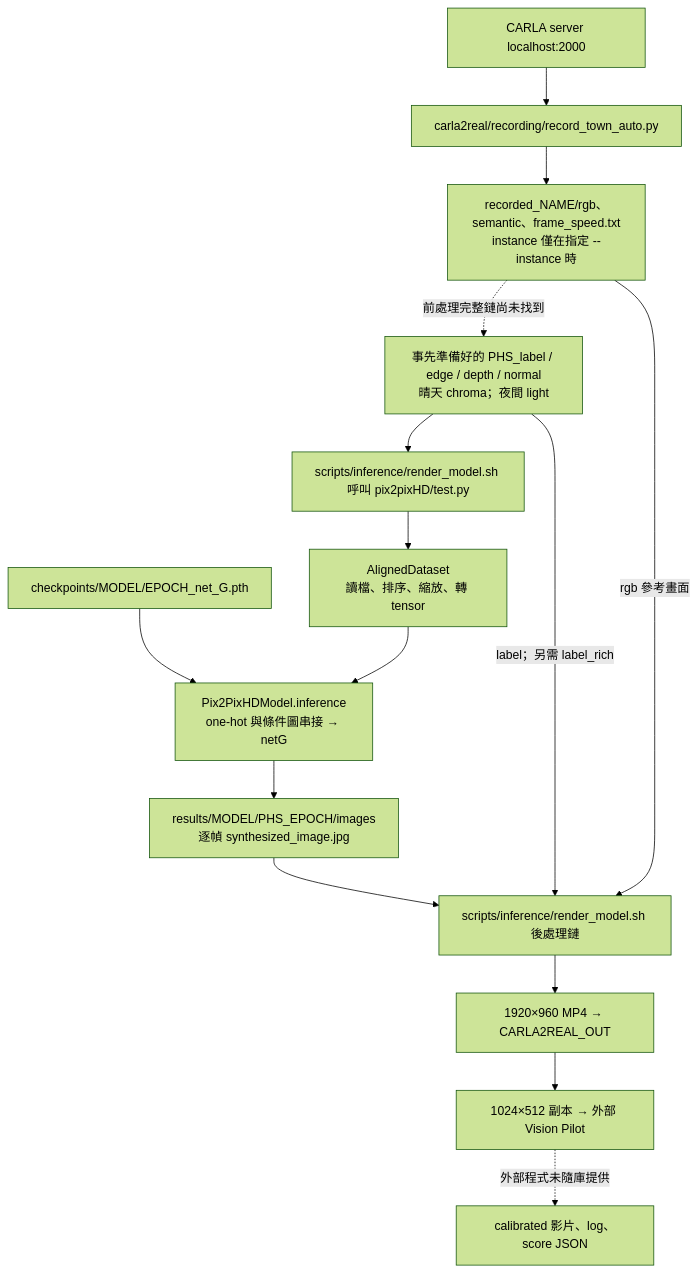
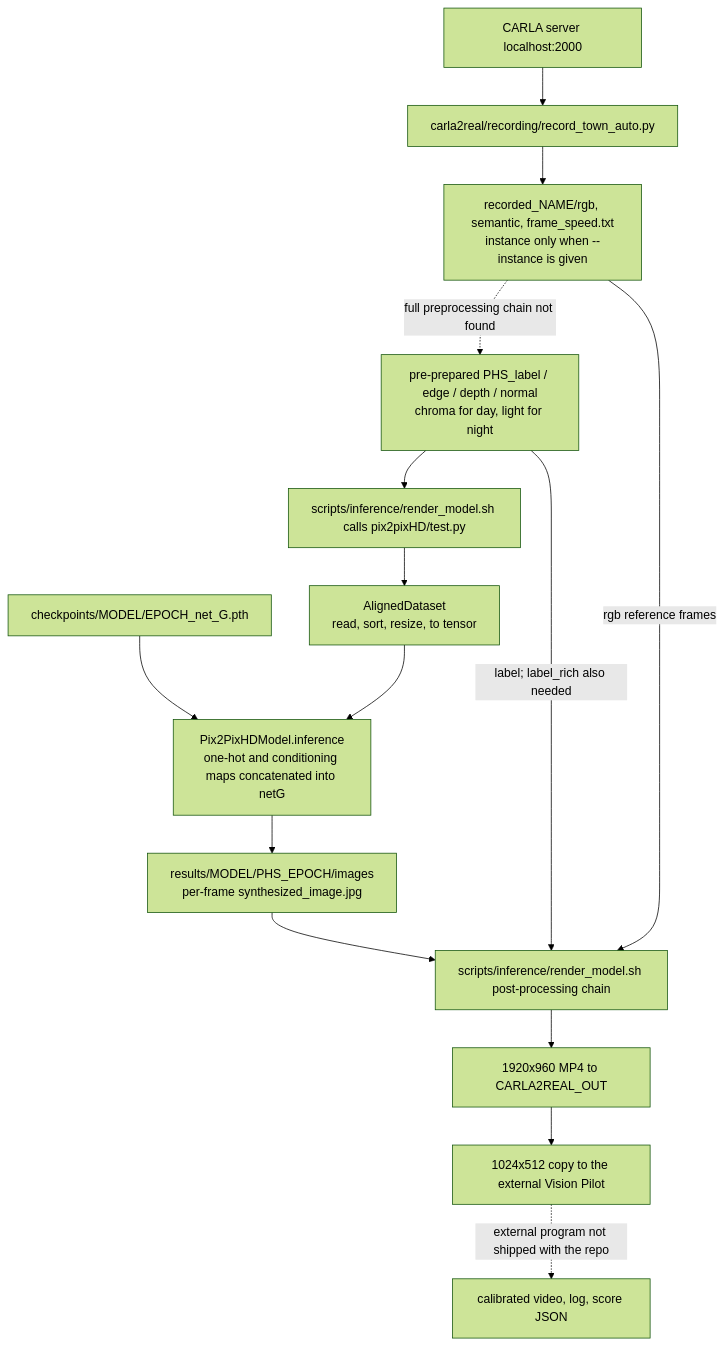
Before and after one commit to Anthony1011/CARLAtoreal: the first of 2 diagrams in docs/INFERENCE_FLOW.md, drawn with Mermaid (forest theme). The commit also changed other lines of this file and 4 other files, not shown here.

````diff
--- a/docs/INFERENCE_FLOW.md
+++ b/docs/INFERENCE_FLOW.md
@@ -7,17 +17,17 @@
 ```mermaid
 flowchart TD
     A[CARLA server localhost:2000] --> B[carla2real/recording/record_town_auto.py]
-    B --> C[recorded_NAME/rgb、semantic、frame_speed.txt<br/>instance 僅在指定 --instance 時]
-    C -. 前處理完整鏈尚未找到 .-> D[事先準備好的 PHS_label / edge / depth / normal<br/>晴天 chroma；夜間 light]
-    D --> E[scripts/inference/render_model.sh 呼叫 pix2pixHD/test.py]
+    B --> C[recorded_NAME/rgb, semantic, frame_speed.txt<br/>instance only when --instance is given]
+    C -. full preprocessing chain not found .-> D[pre-prepared PHS_label / edge / depth / normal<br/>chroma for day, light for night]
+    D --> E[scripts/inference/render_model.sh calls pix2pixHD/test.py]
     K[checkpoints/MODEL/EPOCH_net_G.pth] --> G
-    E --> F[AlignedDataset<br/>讀檔、排序、縮放、轉 tensor]
-    F --> G[Pix2PixHDModel.inference<br/>one-hot 與條件圖串接 → netG]
-    G --> H[results/MODEL/PHS_EPOCH/images<br/>逐幀 synthesized_image.jpg]
-    H --> I[scripts/inference/render_model.sh 後處理鏈]
-    C -->|rgb 參考畫面| I
-    D -->|label；另需 label_rich| I
-    I --> J[1920×960 MP4 → CARLA2REAL_OUT]
-    J --> L[1024×512 副本 → 外部 Vision Pilot]
-    L -. 外部程式未隨庫提供 .-> N[calibrated 影片、log、score JSON]
+    E --> F[AlignedDataset<br/>read, sort, resize, to tensor]
+    F --> G[Pix2PixHDModel.inference<br/>one-hot and conditioning maps concatenated into netG]
+    G --> H[results/MODEL/PHS_EPOCH/images<br/>per-frame synthesized_image.jpg]
+    H --> I[scripts/inference/render_model.sh post-processing chain]
+    C -->|rgb reference frames| I
+    D -->|label; label_rich also needed| I
+    I --> J[1920x960 MP4 to CARLA2REAL_OUT]
+    J --> L[1024x512 copy to the external Vision Pilot]
+    L -. external program not shipped with the repo .-> N[calibrated video, log, score JSON]
 ```
````
